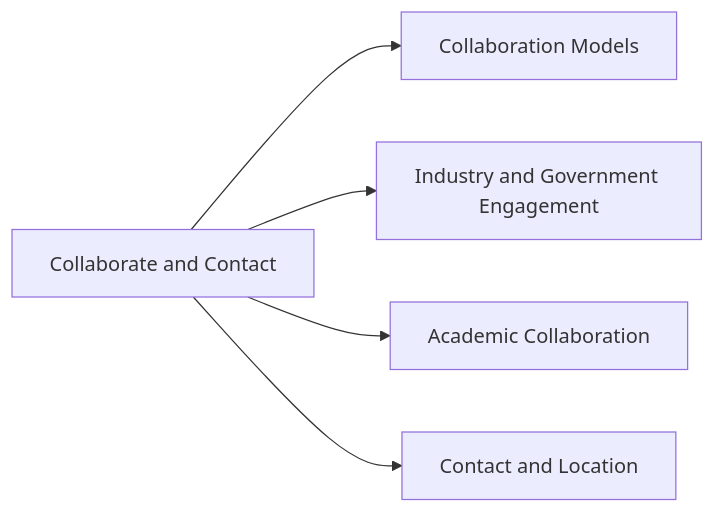
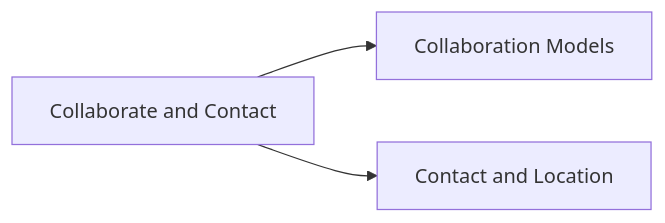
The seventh of 7 diagrams in conceptual/microsite_concept.md (fhtm21/InnoLab), drawn with Mermaid before and after one commit. The commit also changed other lines of this file and 3 other files, not shown here.

````diff
--- a/conceptual/microsite_concept.md
+++ b/conceptual/microsite_concept.md
@@ -158,7 +145,5 @@
 ```mermaid
 flowchart LR
   C[Collaborate and Contact] --> C1[Collaboration Models]
-  C --> C2[Industry and Government Engagement]
-  C --> C3[Academic Collaboration]
-  C --> C4[Contact and Location]
+  C --> C2[Contact and Location]
 ```
````
